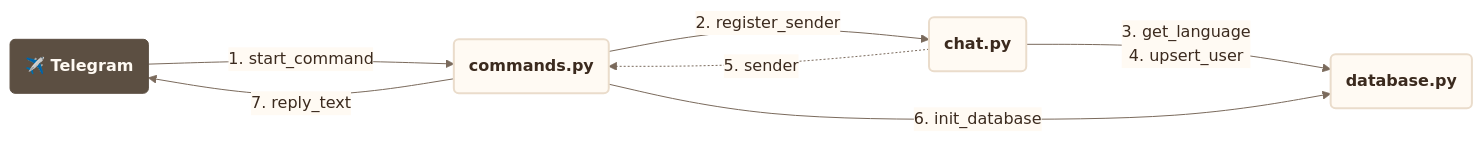
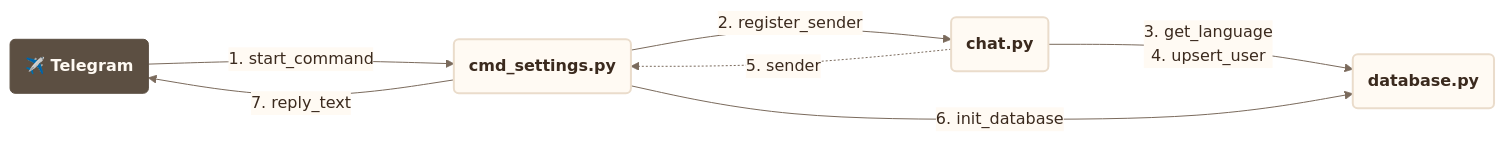
Before and after one commit to francescoperrino/Caccometro: the first of 42 diagrams in docs/use_cases.md, drawn with Mermaid. The commit also changed other lines of this file and 30 other files, not shown here.

````diff
--- a/docs/use_cases.md
+++ b/docs/use_cases.md
@@ -15,51 +15,51 @@
 ```mermaid
 ---
 config:
   theme: base
   themeVariables:
     fontFamily: "Nunito, Segoe UI, Roboto, sans-serif"
     primaryColor: "#fffaf3"
     primaryTextColor: "#3b2a1e"
     primaryBorderColor: "#eadccb"
     secondaryColor: "#f7ecdc"
     tertiaryColor: "#f3e4d0"
     lineColor: "#7a6a5c"
     textColor: "#3b2a1e"
     edgeLabelBackground: "#fffaf3"
     clusterBkg: "#f3e4d0"
     clusterBorder: "#cbbca9"
     titleColor: "#5c4f42"
     noteBkgColor: "#f7ecdc"
     noteTextColor: "#3b2a1e"
     actorBkg: "#fffaf3"
     actorBorder: "#5c4f42"
     actorTextColor: "#3b2a1e"
     signalColor: "#7a6a5c"
     signalTextColor: "#3b2a1e"
     labelBoxBkgColor: "#f3e4d0"
     loopTextColor: "#3b2a1e"
     sequenceNumberColor: "#fffaf3"
     xyChart:
       plotColorPalette: "#2f4f8f"
   flowchart:
     nodeSpacing: 50
     rankSpacing: 160
 ---
 flowchart LR
     accTitle: Communication diagram, /start
     accDescr: The modules involved, the functions each one calls in another and what comes back, numbered as in the sequence
     telegram("<b>✈️ Telegram</b>")
-    commands("<b>commands.py</b>")
+    cmd_settings("<b>cmd_settings.py</b>")
     chat("<b>chat.py</b>")
     database("<b>database.py</b>")
-    telegram -->|"1.#nbsp;start_command"| commands
-    commands -->|"2.#nbsp;register_sender"| chat
+    telegram -->|"1.#nbsp;start_command"| cmd_settings
+    cmd_settings -->|"2.#nbsp;register_sender"| chat
     chat -->|"3.#nbsp;get_language<br/>4.#nbsp;upsert_user"| database
-    chat -.->|"5.#nbsp;sender"| commands
-    commands -->|"6.#nbsp;init_database"| database
-    commands -->|"7.#nbsp;reply_text"| telegram
+    chat -.->|"5.#nbsp;sender"| cmd_settings
+    cmd_settings -->|"6.#nbsp;init_database"| database
+    cmd_settings -->|"7.#nbsp;reply_text"| telegram
     classDef step fill:#fffaf3,stroke:#eadccb,stroke-width:2px,color:#3b2a1e
     classDef person fill:#5c4f42,stroke:#5c4f42,color:#fffaf3
-    class commands,chat,database step
+    class cmd_settings,chat,database step
     class telegram person
 ```
````
